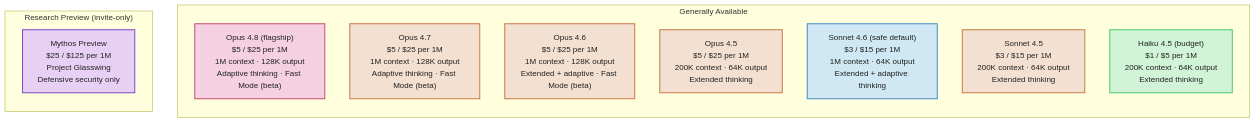
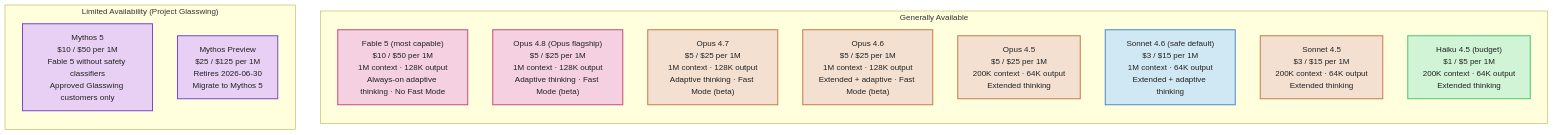
Before and after one commit to Sagargupta16/claude-cost-optimizer: the first of 5 diagrams in guides/diagrams.md, drawn with Mermaid. The commit also changed other lines of this file and 25 other files, not shown here.

First line of the commit message:
feat: Claude Fable 5 + Mythos 5 support (1.9.0) (#31)

````diff
--- a/guides/diagrams.md
+++ b/guides/diagrams.md
@@ -21,30 +21,32 @@
 ```mermaid
 flowchart TB
     subgraph GA["Generally Available"]
         direction TB
-        opus8["Opus 4.8 (flagship)<br/>$5 / $25 per 1M<br/>1M context · 128K output<br/>Adaptive thinking · Fast Mode (beta)"]
+        fable5["Fable 5 (most capable)<br/>$10 / $50 per 1M<br/>1M context · 128K output<br/>Always-on adaptive thinking · No Fast Mode"]
+        opus8["Opus 4.8 (Opus flagship)<br/>$5 / $25 per 1M<br/>1M context · 128K output<br/>Adaptive thinking · Fast Mode (beta)"]
         opus7["Opus 4.7<br/>$5 / $25 per 1M<br/>1M context · 128K output<br/>Adaptive thinking · Fast Mode (beta)"]
         opus6["Opus 4.6<br/>$5 / $25 per 1M<br/>1M context · 128K output<br/>Extended + adaptive · Fast Mode (beta)"]
         opus45["Opus 4.5<br/>$5 / $25 per 1M<br/>200K context · 64K output<br/>Extended thinking"]
         sonnet["Sonnet 4.6 (safe default)<br/>$3 / $15 per 1M<br/>1M context · 64K output<br/>Extended + adaptive thinking"]
         sonnet45["Sonnet 4.5<br/>$3 / $15 per 1M<br/>200K context · 64K output<br/>Extended thinking"]
         haiku["Haiku 4.5 (budget)<br/>$1 / $5 per 1M<br/>200K context · 64K output<br/>Extended thinking"]
     end
 
-    subgraph RP["Research Preview (invite-only)"]
+    subgraph RP["Limited Availability (Project Glasswing)"]
         direction TB
-        mythos["Mythos Preview<br/>$25 / $125 per 1M<br/>Project Glasswing<br/>Defensive security only"]
+        mythos5["Mythos 5<br/>$10 / $50 per 1M<br/>Fable 5 without safety classifiers<br/>Approved Glasswing customers only"]
+        mythos["Mythos Preview<br/>$25 / $125 per 1M<br/>Retires 2026-06-30<br/>Migrate to Mythos 5"]
     end
 
     classDef flagship fill:#f4d0e0,stroke:#c94a7a,stroke-width:2px,color:#222
     classDef snapshot fill:#f4e0d0,stroke:#c97a4a,color:#222
     classDef default fill:#d0e8f4,stroke:#4a8ac9,stroke-width:2px,color:#222
     classDef budget fill:#d0f4d5,stroke:#4ac96a,color:#222
     classDef preview fill:#e8d0f4,stroke:#7a4ac9,color:#222
 
-    class opus8 flagship
+    class fable5,opus8 flagship
     class opus7,opus6,opus45,sonnet45 snapshot
     class sonnet default
     class haiku budget
-    class mythos preview
+    class mythos5,mythos preview
 ```
````
